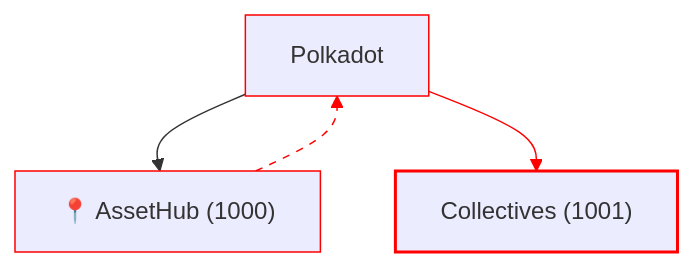
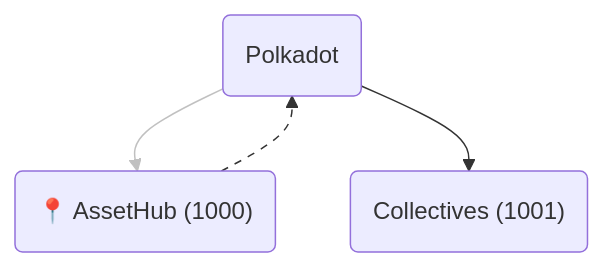
One commit to Polkadot-Blockchain-Academy/pba-content changed the sixth of 20 diagrams in syllabus/7-XCM/1-Core_Concepts_of_XCM/Core_Concepts_of_XCM_slides.md. Above: the diagram before and after it, drawn with Mermaid. The commit also changed other lines of this file and 1 other file, not shown here.

Commit message:
Change mermaidjs theme

````diff
--- a/syllabus/7-XCM/1-Core_Concepts_of_XCM/Core_Concepts_of_XCM_slides.md
+++ b/syllabus/7-XCM/1-Core_Concepts_of_XCM/Core_Concepts_of_XCM_slides.md
@@ -386,11 +409,8 @@
 ```mermaid
 graph TD
-    Polkadot-->AssetHub["📍 AssetHub (1000)"]
-    Polkadot-->Collectives["Collectives (1001)"]
+    Polkadot(Polkadot)-->AssetHub("📍 AssetHub (1000)")
+    Polkadot-->Collectives("Collectives (1001)")
     AssetHub-->Polkadot
-    style AssetHub stroke:red
-    style Polkadot stroke:red
-    style Collectives stroke:red,stroke-width:2
-    linkStyle 1 stroke:red
-    linkStyle 2 stroke:red,stroke-dasharray:5
+    linkStyle 0 opacity:0.3
+    linkStyle 2 stroke-dasharray:5
 ```
````
